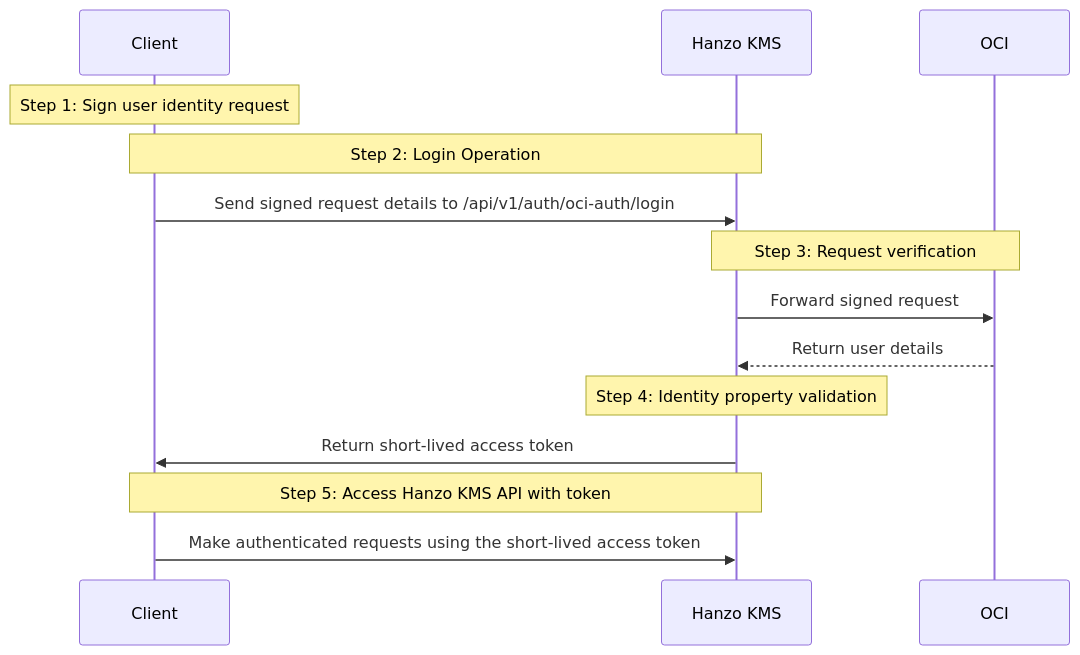
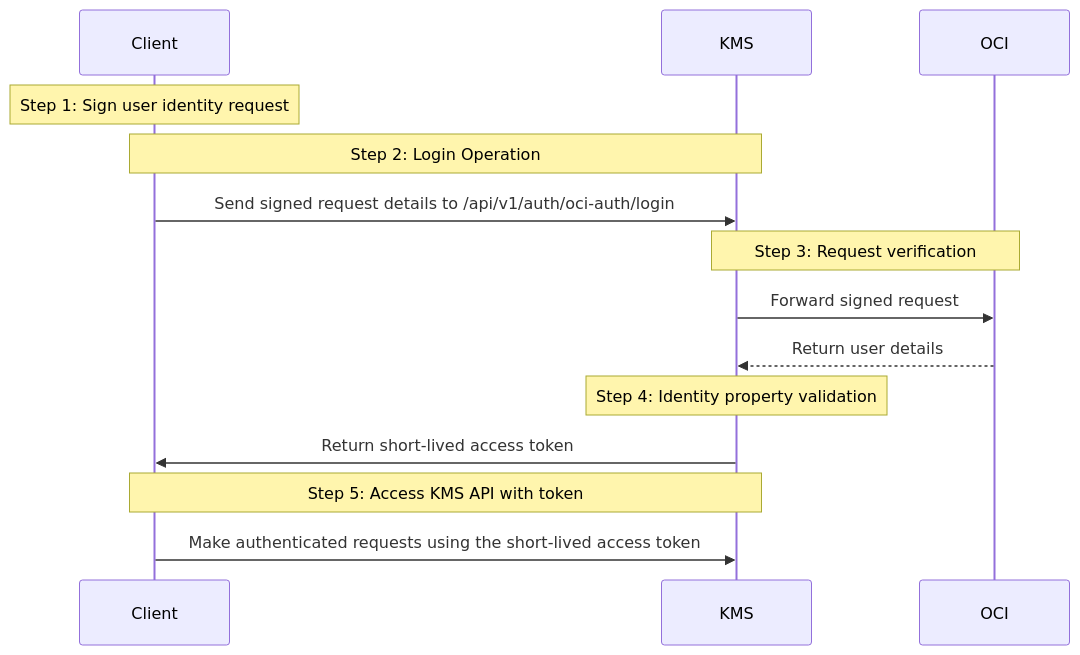
One commit to hanzoai/kms changed the diagram in docs/documentation/platform/identities/oci-auth.mdx. Above: the diagram before and after it, drawn with Mermaid. The commit also changed other lines of this file and 855 other files, not shown here.

````diff
--- a/docs/documentation/platform/identities/oci-auth.mdx
+++ b/docs/documentation/platform/identities/oci-auth.mdx
@@ -12,21 +12,21 @@
 ```mermaid
 sequenceDiagram
   participant Client
-  participant Hanzo KMS
+  participant KMS
   participant OCI
 
   Note over Client,Client: Step 1: Sign user identity request
 
-  Note over Client,Hanzo KMS: Step 2: Login Operation
-  Client->>Hanzo KMS: Send signed request details to /api/v1/auth/oci-auth/login
+  Note over Client,KMS: Step 2: Login Operation
+  Client->>KMS: Send signed request details to /api/v1/auth/oci-auth/login
 
-  Note over Hanzo KMS,OCI: Step 3: Request verification
-  Hanzo KMS->>OCI: Forward signed request
-  OCI-->>Hanzo KMS: Return user details
+  Note over KMS,OCI: Step 3: Request verification
+  KMS->>OCI: Forward signed request
+  OCI-->>KMS: Return user details
 
-  Note over Hanzo KMS: Step 4: Identity property validation
-  Hanzo KMS->>Client: Return short-lived access token
+  Note over KMS: Step 4: Identity property validation
+  KMS->>Client: Return short-lived access token
 
-  Note over Client,Hanzo KMS: Step 5: Access Hanzo KMS API with token
-  Client->>Hanzo KMS: Make authenticated requests using the short-lived access token
+  Note over Client,KMS: Step 5: Access KMS API with token
+  Client->>KMS: Make authenticated requests using the short-lived access token
 ```
````
